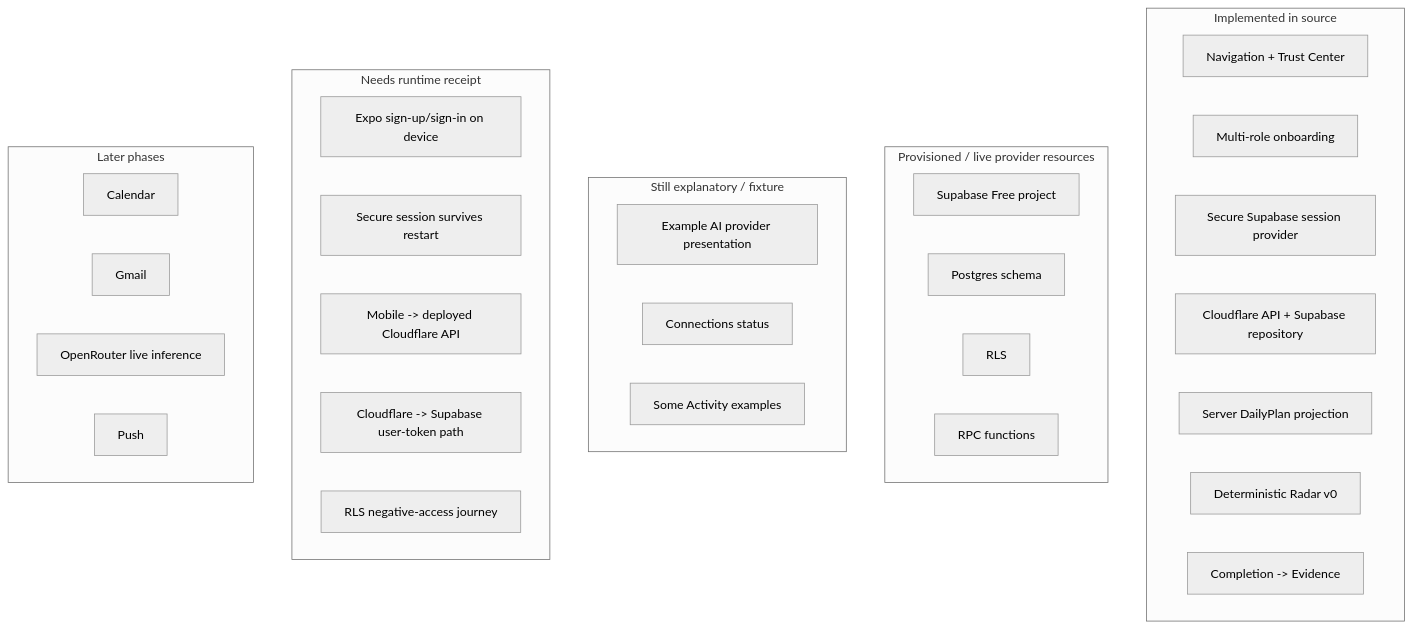
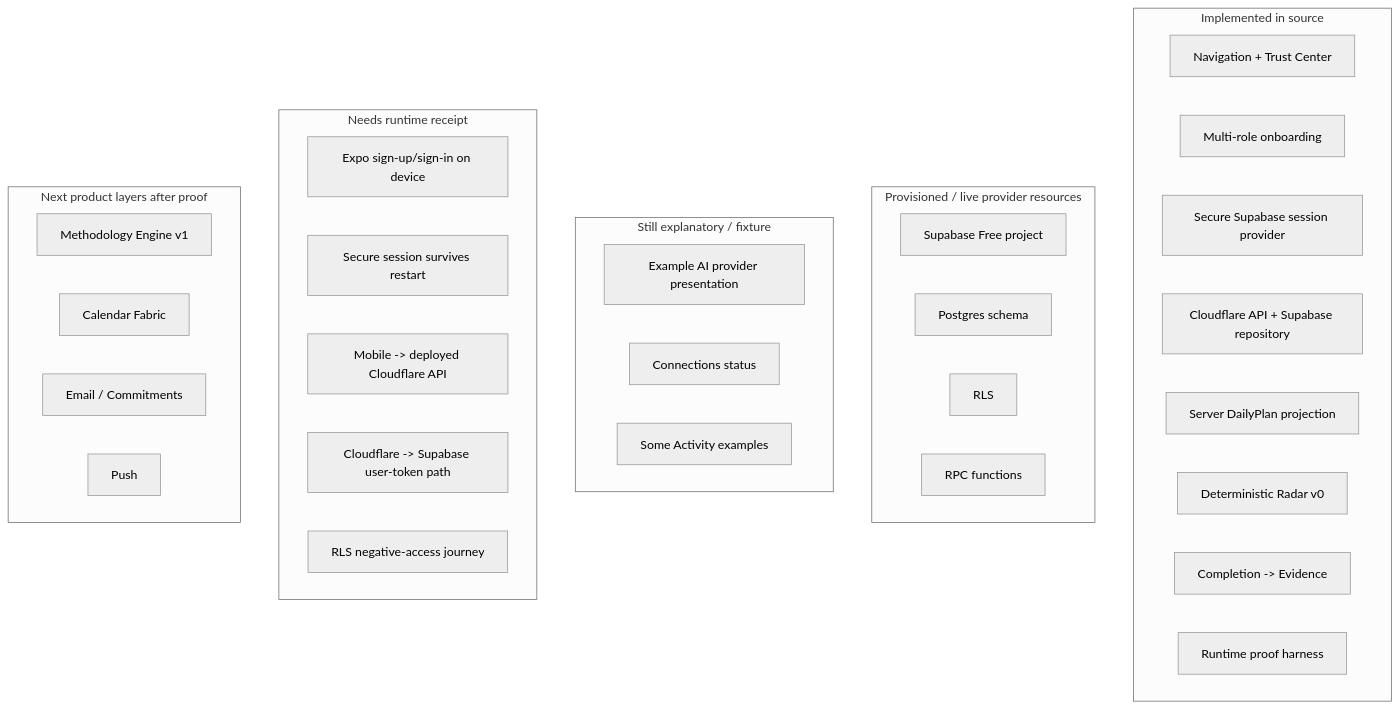
One commit to seq23/aplayer-mode changed the second of 3 diagrams in docs/13-IMPLEMENTATION-STATUS.md. Above: the diagram before and after it, drawn with Mermaid (neutral theme). The commit also changed other lines of this file and 6 other files, not shown here.

Commit message:
feat: add live runtime proof harness and lock methodology/calendar sequencing

````diff
--- a/docs/13-IMPLEMENTATION-STATUS.md
+++ b/docs/13-IMPLEMENTATION-STATUS.md
@@ -64,40 +66,41 @@
 ```mermaid
 flowchart TB
   subgraph CODE[Implemented in source]
     C1[Navigation + Trust Center]
     C2[Multi-role onboarding]
     C3[Secure Supabase session provider]
     C4[Cloudflare API + Supabase repository]
     C5[Server DailyPlan projection]
     C6[Deterministic Radar v0]
     C7[Completion -> Evidence]
+    C8[Runtime proof harness]
   end
 
   subgraph LIVE[Provisioned / live provider resources]
     L1[Supabase Free project]
     L2[Postgres schema]
     L3[RLS]
     L4[RPC functions]
   end
 
   subgraph FIXTURE[Still explanatory / fixture]
     F1[Example AI provider presentation]
     F2[Connections status]
     F3[Some Activity examples]
   end
 
   subgraph UNPROVEN[Needs runtime receipt]
     U1[Expo sign-up/sign-in on device]
     U2[Secure session survives restart]
     U3[Mobile -> deployed Cloudflare API]
     U4[Cloudflare -> Supabase user-token path]
     U5[RLS negative-access journey]
   end
 
-  subgraph LATER[Later phases]
-    N1[Calendar]
-    N2[Gmail]
-    N3[OpenRouter live inference]
+  subgraph NEXT[Next product layers after proof]
+    N1[Methodology Engine v1]
+    N2[Calendar Fabric]
+    N3[Email / Commitments]
     N4[Push]
   end
 ```
````
